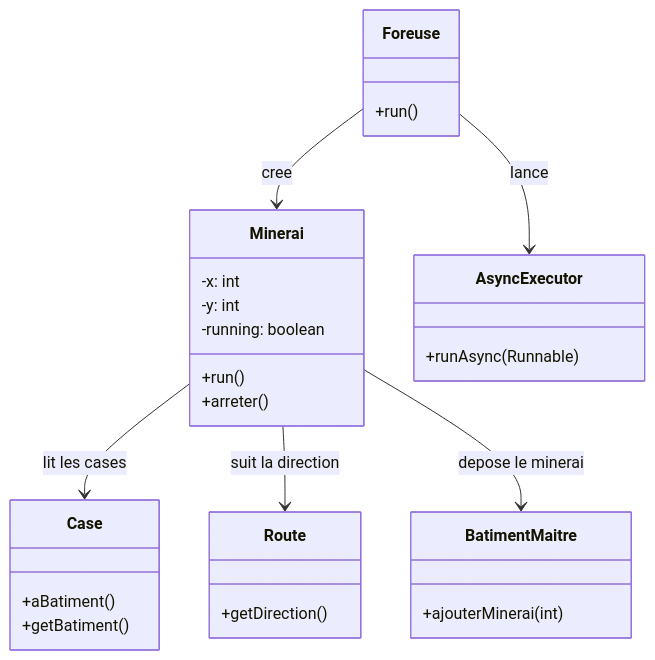
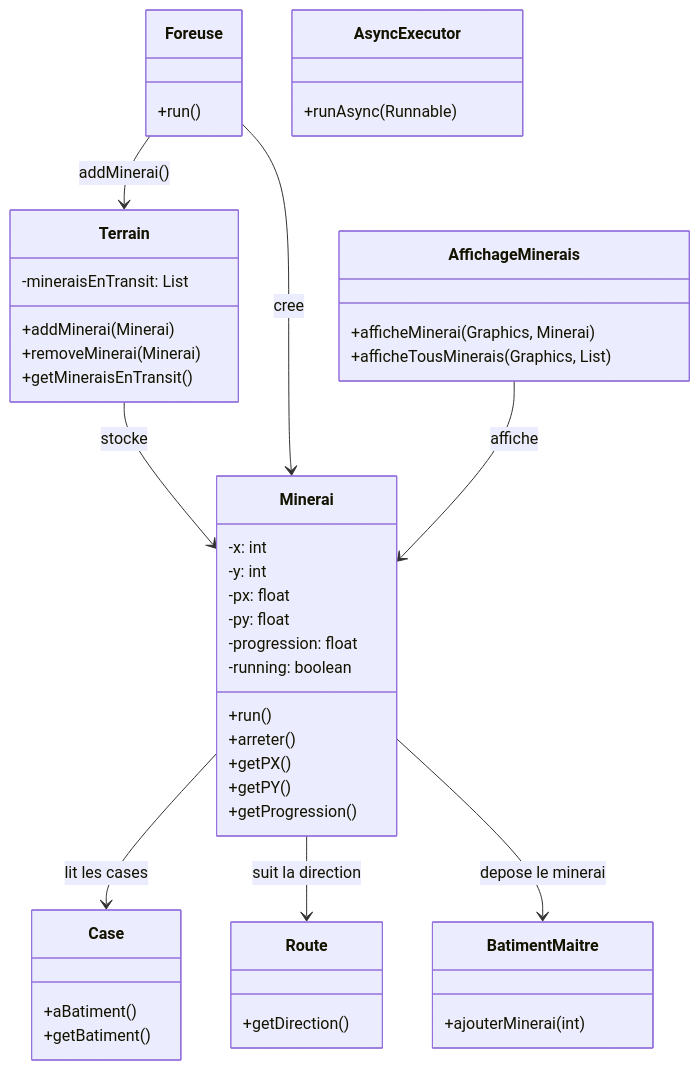
Before and after one commit to FattDoan/Projet-PCII-Groupe: diagram 12 of 20 in docs/Rapport.md, drawn with Mermaid. The commit also changed other lines of this file and 6 other files, not shown here.

````diff
--- a/docs/Rapport.md
+++ b/docs/Rapport.md
@@ -659,37 +667,57 @@
 ```mermaid
 classDiagram
     class Foreuse {
         +run()
     }
 
     class Minerai {
         -x: int
         -y: int
+        -px: float
+        -py: float
+        -progression: float
         -running: boolean
         +run()
         +arreter()
+        +getPX()
+        +getPY()
+        +getProgression()
     }
 
     class Route {
         +getDirection()
     }
 
     class BatimentMaitre {
         +ajouterMinerai(int)
     }
 
     class Case {
         +aBatiment()
         +getBatiment()
     }
 
+    class Terrain {
+        -mineraisEnTransit: List<Minerai>
+        +addMinerai(Minerai)
+        +removeMinerai(Minerai)
+        +getMineraisEnTransit()
+    }
+
     class AsyncExecutor {
         +runAsync(Runnable)
     }
 
-    Foreuse --> AsyncExecutor : lance
+    class AffichageMinerais {
+        +afficheMinerai(Graphics, Minerai)
+        +afficheTousMinerais(Graphics, List)  
+    }
+
+    Foreuse --> Terrain : addMinerai()
+    Terrain --> Minerai : stocke
     Foreuse --> Minerai : cree
     Minerai --> Case : lit les cases
     Minerai --> Route : suit la direction
     Minerai --> BatimentMaitre : depose le minerai
+    AffichageMinerais --> Minerai : affiche
 ```
````
